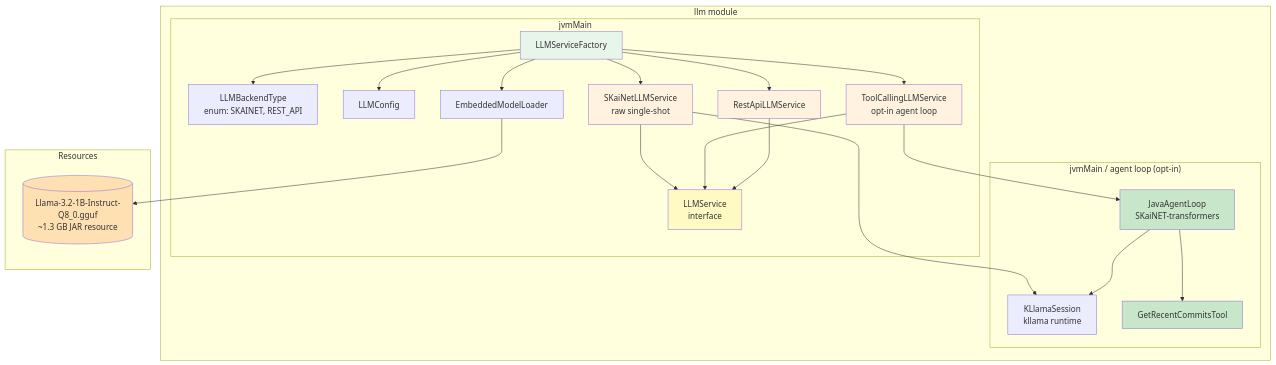
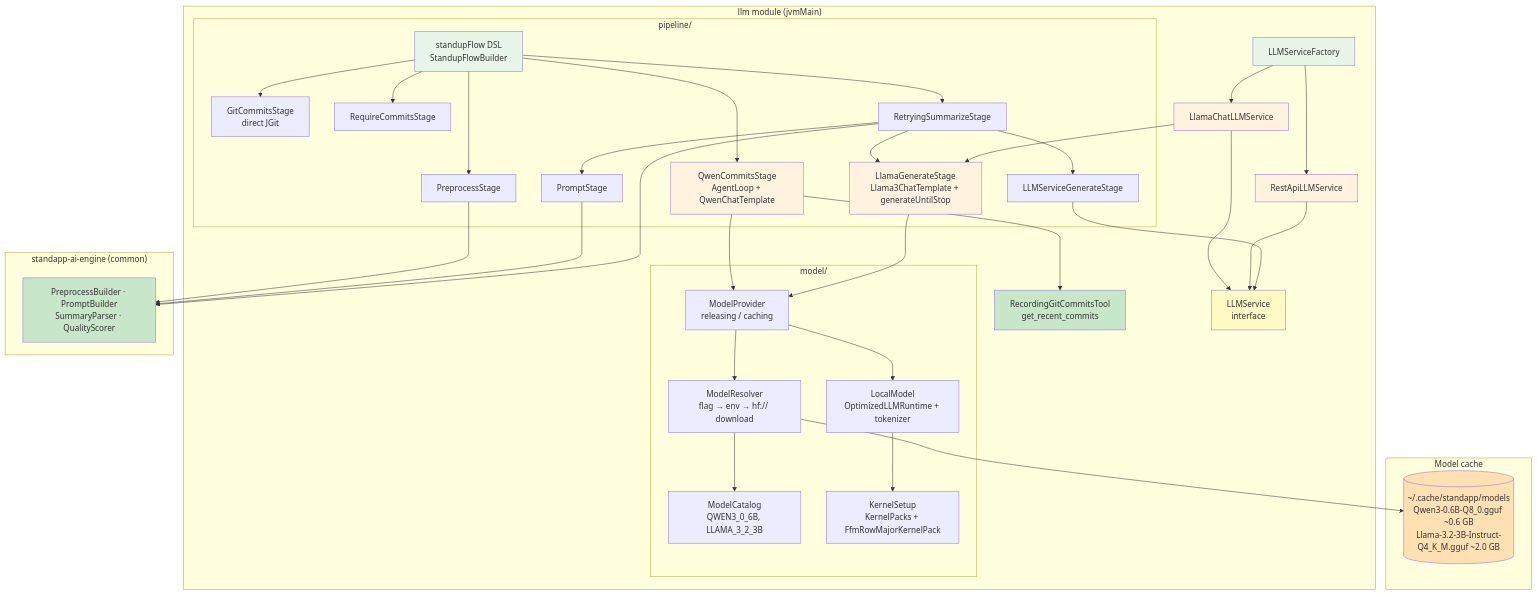
The second of 7 diagrams in docs/modules/architecture/pages/05-building-block-view.adoc (michalharakal/Daily-StandAPP), drawn with Mermaid before and after one commit. The commit also changed other lines of this file and 38 other files, not shown here.

First line of the commit message:
docs: truth sweep for the two-model pipeline (arc42 ADR-012, prompt-engineering, verification log)

```diff
--- a/docs/modules/architecture/pages/05-building-block-view.adoc
+++ b/docs/modules/architecture/pages/05-building-block-view.adoc
@@ -119,50 +130,76 @@
 [mermaid]
 ----
 graph TB
-    subgraph "llm module"
-        subgraph "jvmMain"
-            FACTORY[LLMServiceFactory]
-            BACKEND[LLMBackendType<br/>enum: SKAINET, REST_API]
-            LCONFIG[LLMConfig]
-            SERVICE[LLMService<br/>interface]
-            REST[RestApiLLMService]
-            SKLLM[SKaiNetLLMService<br/>raw single-shot]
-            TCLLM[ToolCallingLLMService<br/>opt-in agent loop]
-            EML[EmbeddedModelLoader]
+    subgraph "llm module (jvmMain)"
+        subgraph "pipeline/"
+            FLOW[standupFlow DSL<br/>StandupFlowBuilder]
+            QWEN[QwenCommitsStage<br/>AgentLoop + QwenChatTemplate]
+            GITST[GitCommitsStage<br/>direct JGit]
+            REQ[RequireCommitsStage]
+            PRE[PreprocessStage]
+            SUM[RetryingSummarizeStage]
+            PROMPT[PromptStage]
+            LLAMA[LlamaGenerateStage<br/>Llama3ChatTemplate + generateUntilStop]
+            SVCST[LLMServiceGenerateStage]
         end
 
-        subgraph "jvmMain / agent loop (opt-in)"
-            AGENT[JavaAgentLoop<br/>SKaiNET-transformers]
-            SESS[KLlamaSession<br/>kllama runtime]
-            TOOL[GetRecentCommitsTool]
+        subgraph "model/"
+            CATALOG[ModelCatalog<br/>QWEN3_0_6B, LLAMA_3_2_3B]
+            RESOLVER[ModelResolver<br/>flag → env → hf:// download]
+            PROVIDER[ModelProvider<br/>releasing / caching]
+            LOCAL[LocalModel<br/>OptimizedLLMRuntime + tokenizer]
+            KERNELS[KernelSetup<br/>KernelPacks + FfmRowMajorKernelPack]
         end
+
+        TOOL[RecordingGitCommitsTool<br/>get_recent_commits]
+        FACTORY[LLMServiceFactory]
+        SERVICE[LLMService<br/>interface]
+        LCHAT[LlamaChatLLMService]
+        REST[RestApiLLMService]
     end
 
-    subgraph "Resources"
-        GGUF[(Llama-3.2-1B-Instruct-Q8_0.gguf<br/>~1.3 GB JAR resource)]
+    subgraph "standapp-ai-engine (common)"
+        ENGINE[PreprocessBuilder · PromptBuilder<br/>SummaryParser · QualityScorer]
     end
 
-    FACTORY --> BACKEND
-    FACTORY --> LCONFIG
-    FACTORY --> SKLLM
-    FACTORY --> TCLLM
+    subgraph "Model cache"
+        GGUF[(~/.cache/standapp/models<br/>Qwen3-0.6B-Q8_0.gguf ~0.6 GB<br/>Llama-3.2-3B-Instruct-Q4_K_M.gguf ~2.0 GB)]
+    end
+
+    FLOW --> QWEN
+    FLOW --> GITST
+    FLOW --> REQ
+    FLOW --> PRE
+    FLOW --> SUM
+    SUM --> PROMPT
+    SUM --> LLAMA
+    SUM --> SVCST
+    QWEN --> TOOL
+    QWEN --> PROVIDER
+    LLAMA --> PROVIDER
+    PROVIDER --> RESOLVER
+    PROVIDER --> LOCAL
+    RESOLVER --> CATALOG
+    RESOLVER --> GGUF
+    LOCAL --> KERNELS
+    PRE --> ENGINE
+    PROMPT --> ENGINE
+    SUM --> ENGINE
+    FACTORY --> LCHAT
     FACTORY --> REST
-    FACTORY --> EML
-    EML --> GGUF
-    SKLLM --> SERVICE
-    TCLLM --> SERVICE
+    LCHAT --> SERVICE
     REST --> SERVICE
-    SKLLM --> SESS
-    TCLLM --> AGENT
-    AGENT --> SESS
-    AGENT --> TOOL
+    LCHAT --> LLAMA
+    SVCST --> SERVICE
 
     style SERVICE fill:#fff9c4
     style FACTORY fill:#e8f5e9
-    style SKLLM fill:#fff3e0
-    style TCLLM fill:#fff3e0
+    style FLOW fill:#e8f5e9
+    style QWEN fill:#fff3e0
+    style LLAMA fill:#fff3e0
     style REST fill:#fff3e0
-    style AGENT fill:#c8e6c9
+    style LCHAT fill:#fff3e0
     style TOOL fill:#c8e6c9
+    style ENGINE fill:#c8e6c9
     style GGUF fill:#ffe0b2
 ----
```
